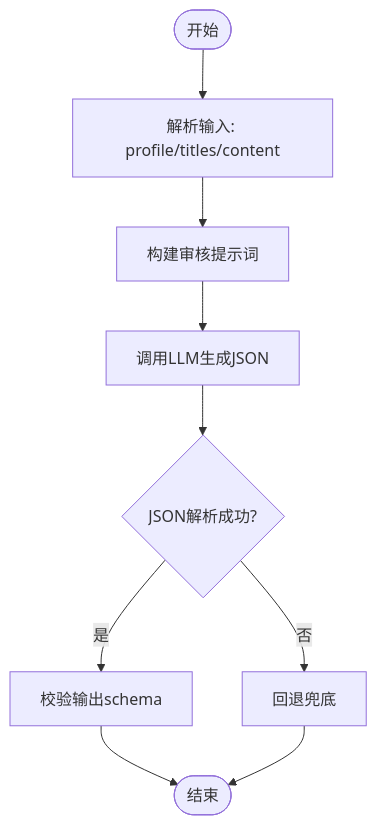
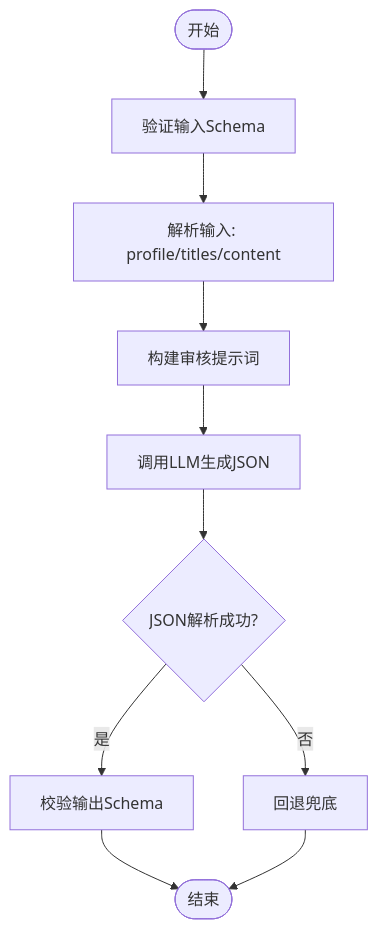
Before and after one commit to sansansansansan2022-web/hotclaw: the fourth of 9 diagrams in .qoder/repowiki/zh/content/后端开发/Agent智能体系统/Agent智能体系统.md, drawn with Mermaid. The commit also changed other lines of this file and 44 other files, not shown here.

````diff
--- a/.qoder/repowiki/zh/content/后端开发/Agent智能体系统/Agent智能体系统.md
+++ b/.qoder/repowiki/zh/content/后端开发/Agent智能体系统/Agent智能体系统.md
@@ -219,11 +277,12 @@
 ```mermaid
 flowchart TD
-Start(["开始"]) --> ParseInput["解析输入: profile/titles/content"]
+Start(["开始"]) --> ValidateSchema["验证输入Schema"]
+ValidateSchema --> ParseInput["解析输入: profile/titles/content"]
 ParseInput --> BuildPrompt["构建审核提示词"]
 BuildPrompt --> CallLLM["调用LLM生成JSON"]
 CallLLM --> ParseJSON{"JSON解析成功?"}
-ParseJSON --> |是| Validate["校验输出schema"]
+ParseJSON --> |是| ValidateOutput["校验输出Schema"]
 ParseJSON --> |否| Fallback["回退兜底"]
-Validate --> Done(["结束"])
+ValidateOutput --> Done(["结束"])
 Fallback --> Done
 ```
````
